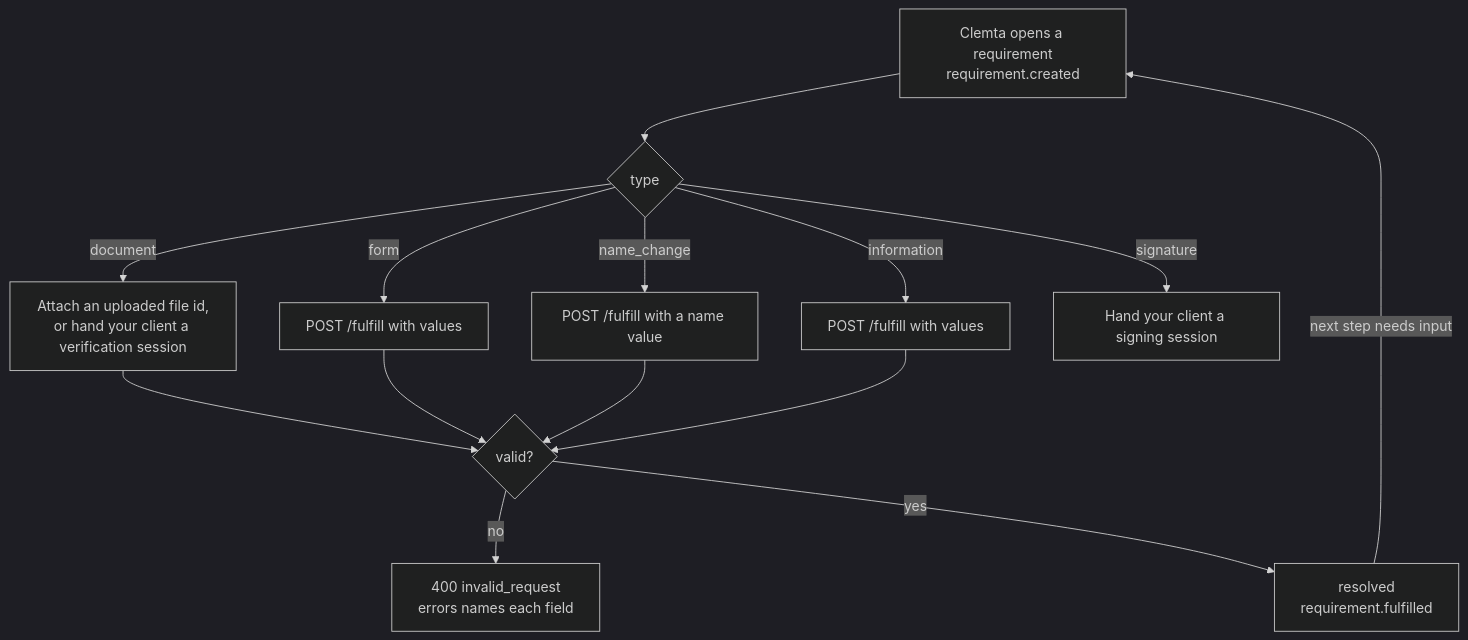
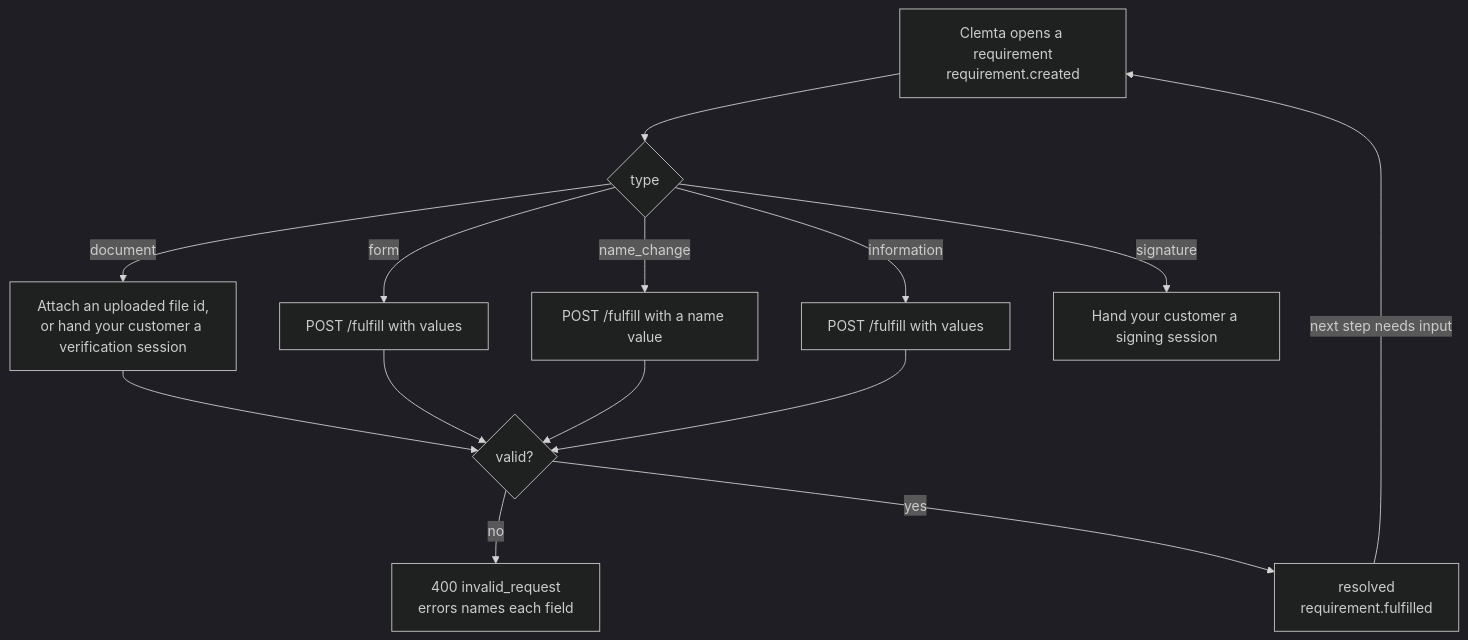
The diagram in partner/requirements.mdx (Clemta/docs), drawn with Mermaid (dark theme) before and after one commit. The commit also changed other lines of this file and 30 other files, not shown here.

````diff
--- a/partner/requirements.mdx
+++ b/partner/requirements.mdx
@@ -12,13 +12,13 @@
 ```mermaid
 flowchart TD
   O[Clemta opens a requirement<br/>requirement.created] --> R{type}
-  R -->|document| D[Attach an uploaded file id,<br/>or hand your client a verification session]
+  R -->|document| D[Attach an uploaded file id,<br/>or hand your customer a verification session]
   R -->|form| F[POST /fulfill with values]
   R -->|name_change| N[POST /fulfill with a name value]
   R -->|information| I[POST /fulfill with values]
-  R -->|signature| G[Hand your client a signing session]
+  R -->|signature| G[Hand your customer a signing session]
   D & F & N & I --> V{valid?}
   V -->|no| E[400 invalid_request<br/>errors names each field]
   V -->|yes| S[resolved<br/>requirement.fulfilled]
   S -->|next step needs input| O
 ```
````
